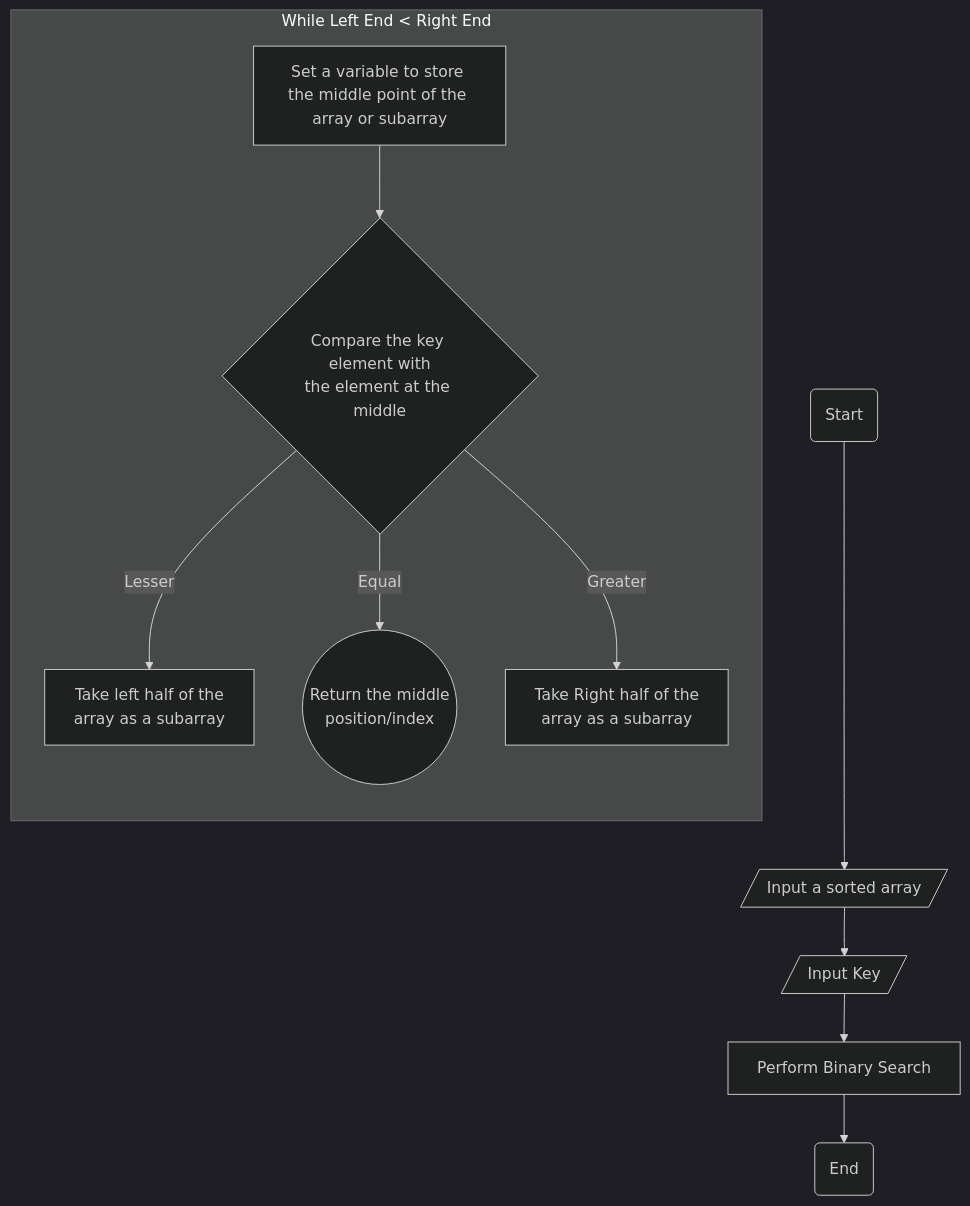
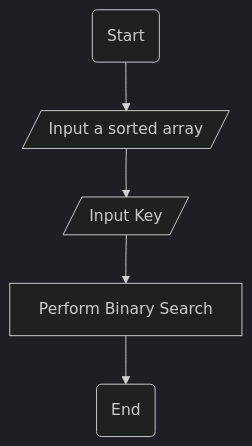
The second of 2 diagrams in Java/Algorithms/Searching/Sorting/Binary Search/README.md (Mebanseibor/Code-Collection), drawn with Mermaid (dark theme) before and after one commit.

Commit message:
Fixed Incorrect flowchart in Binary Search (in Java)

````diff
--- a/Java/Algorithms/Searching/Sorting/Binary Search/README.md
+++ b/Java/Algorithms/Searching/Sorting/Binary Search/README.md
@@ -47,28 +47,14 @@
 ```mermaid
 flowchart
     %%Node difinition
     Start(Start)
     InputArray[/Input Array/]
     InputKey[/Input Key/]
-    subgraph LoopLeftLTRight [While Left End < Right End]
-        direction TB
-        VarInitMid[Set a variable to store the middle point of the array or subarray]
-        CompareKeyWithMiddle{Compare the key element with<br>the element at the middle}
-        ReturnMid((Return the middle<br>position/index))
-        SubarrayLeftHalf[Take left half of the<br>array as a subarray]
-        SubarrayRightHalf[Take Right half of the<br>array as a subarray]
-        
-        VarInitMid --> CompareKeyWithMiddle
-        %% Comparision
-            CompareKeyWithMiddle -->|Lesser| SubarrayLeftHalf
-            CompareKeyWithMiddle -->|Equal| ReturnMid
-            CompareKeyWithMiddle -->|Greater| SubarrayRightHalf
-    end
     BinarySearch[Binary  Search]
     End(End)
 
     Start --> InputArray[/Input a sorted array/]
     InputArray --> InputKey
     InputKey --> BinarySearch[Perform Binary Search]
     BinarySearch --> End
 ```
````
